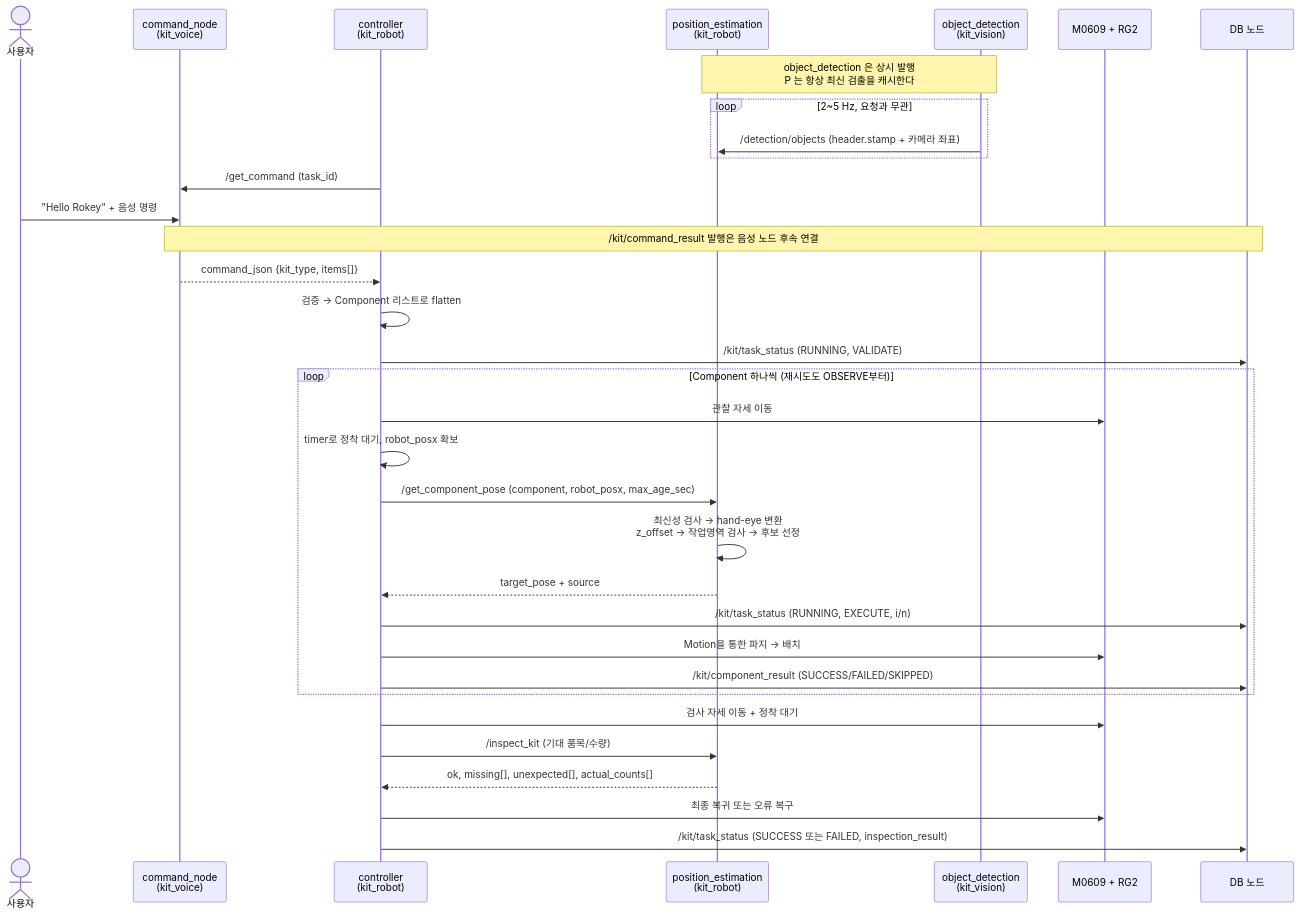
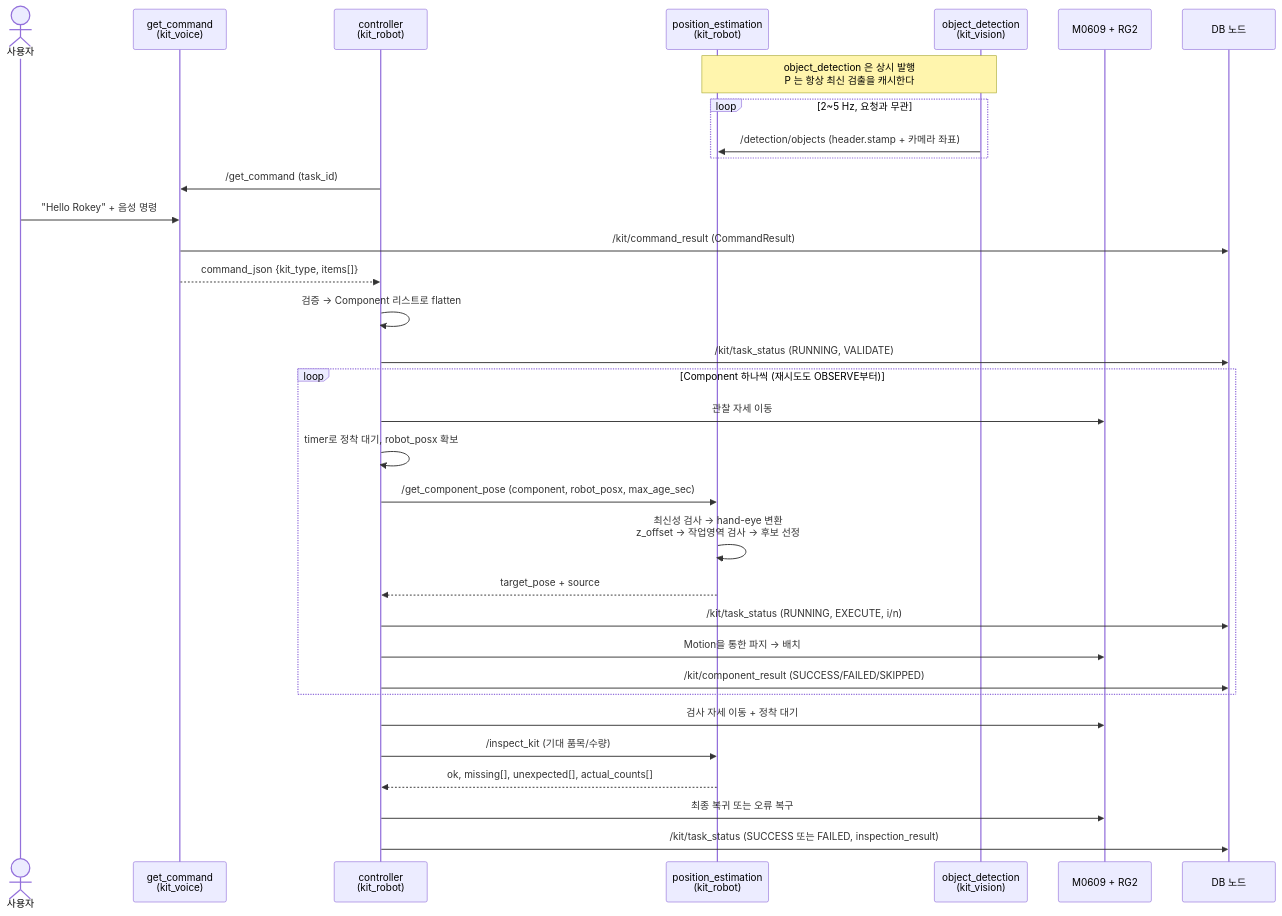
The first of 2 diagrams in docs/03-system-flow.md (mi1nn/Project2-ROS2-VLA), drawn with Mermaid before and after one commit. The commit also changed other lines of this file and 6 other files, not shown here.

````diff
--- a/docs/03-system-flow.md
+++ b/docs/03-system-flow.md
@@ -12,39 +11,39 @@
 ```mermaid
 sequenceDiagram
     actor U as 사용자
-    participant V as command_node<br/>(kit_voice)
+    participant V as get_command<br/>(kit_voice)
     participant C as controller<br/>(kit_robot)
     participant P as position_estimation<br/>(kit_robot)
     participant D as object_detection<br/>(kit_vision)
     participant R as M0609 + RG2
     participant DB as DB 노드
 
     Note over D,P: object_detection 은 상시 발행<br/>P 는 항상 최신 검출을 캐시한다
     loop 2~5 Hz, 요청과 무관
         D->>P: /detection/objects (header.stamp + 카메라 좌표)
     end
 
     C->>V: /get_command (task_id)
     U->>V: "Hello Rokey" + 음성 명령
-    Note over V,DB: /kit/command_result 발행은 음성 노드 후속 연결
+    V->>DB: /kit/command_result (CommandResult)
     V-->>C: command_json {kit_type, items[]}
     C->>C: 검증 → Component 리스트로 flatten
     C->>DB: /kit/task_status (RUNNING, VALIDATE)
 
     loop Component 하나씩 (재시도도 OBSERVE부터)
         C->>R: 관찰 자세 이동
         C->>C: timer로 정착 대기, robot_posx 확보
         C->>P: /get_component_pose (component, robot_posx, max_age_sec)
         P->>P: 최신성 검사 → hand-eye 변환<br/>z_offset → 작업영역 검사 → 후보 선정
         P-->>C: target_pose + source
         C->>DB: /kit/task_status (RUNNING, EXECUTE, i/n)
         C->>R: Motion을 통한 파지 → 배치
         C->>DB: /kit/component_result (SUCCESS/FAILED/SKIPPED)
     end
 
     C->>R: 검사 자세 이동 + 정착 대기
     C->>P: /inspect_kit (기대 품목/수량)
     P-->>C: ok, missing[], unexpected[], actual_counts[]
     C->>R: 최종 복귀 또는 오류 복구
     C->>DB: /kit/task_status (SUCCESS 또는 FAILED, inspection_result)
 ```
````
